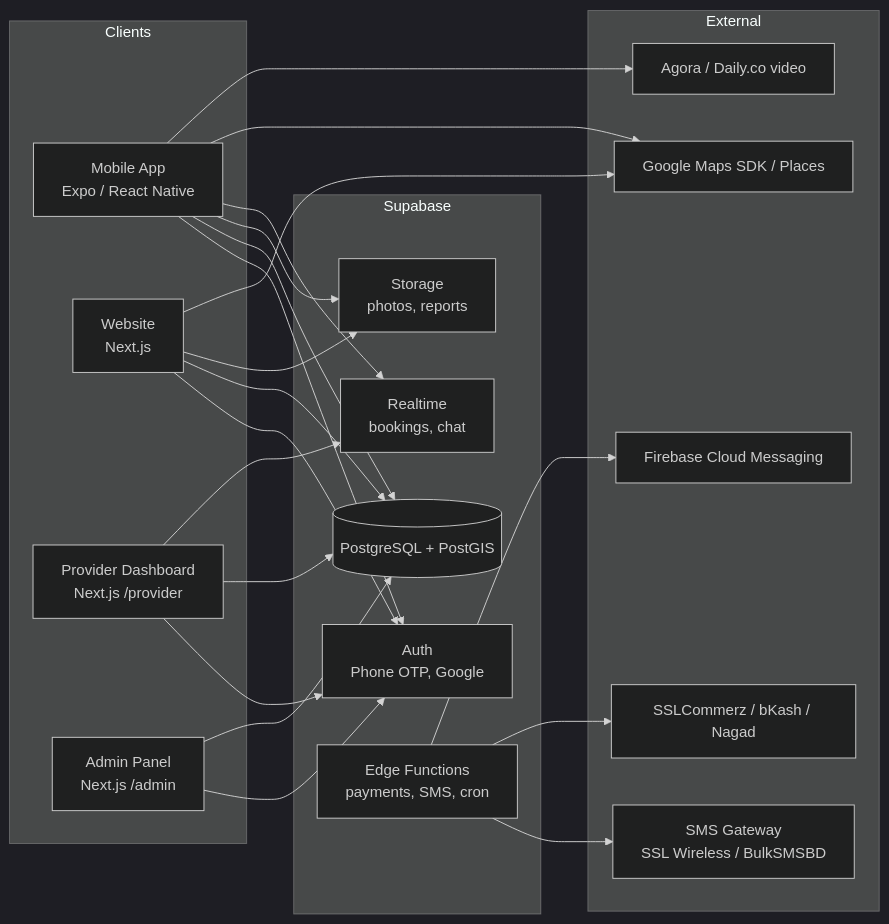
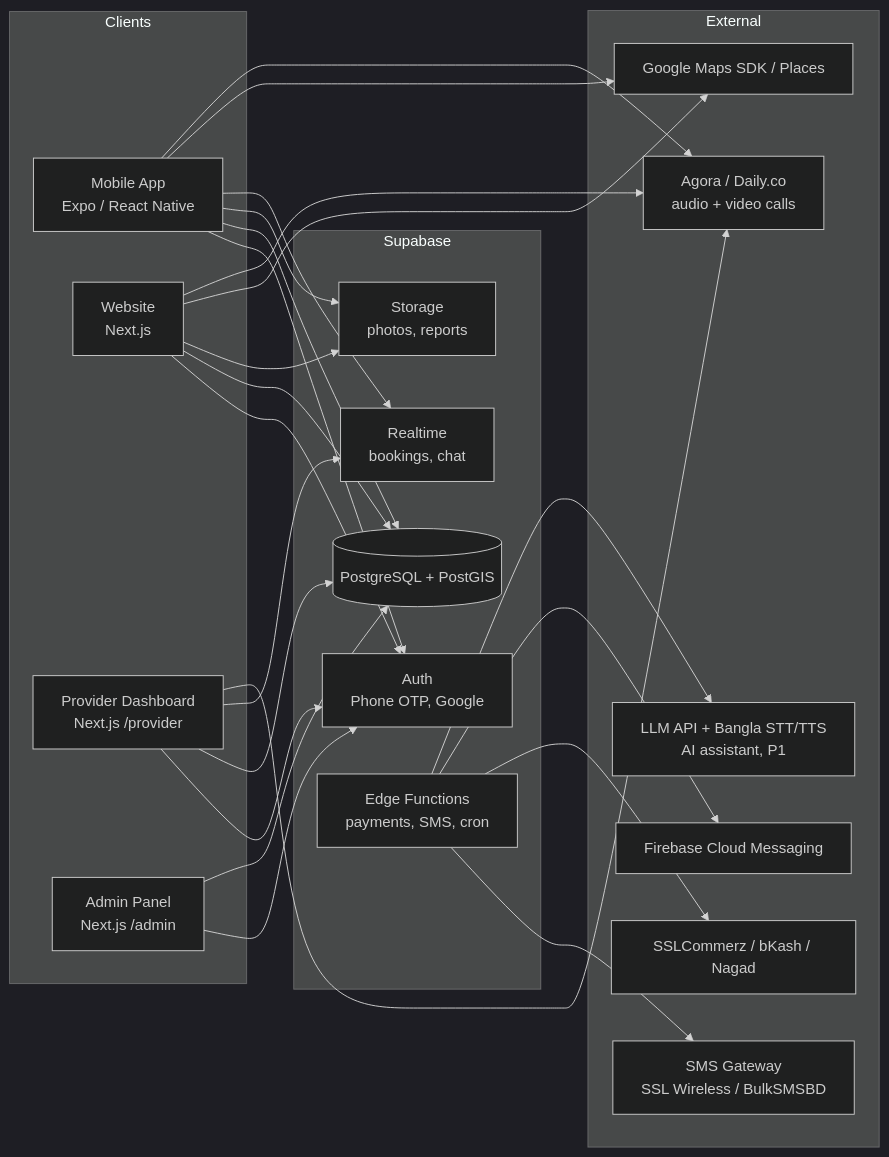
One commit to afridi2003-maverick/Pranora changed the diagram in docs/trd.md. Above: the diagram before and after it, drawn with Mermaid (dark theme). The commit also changed other lines of this file and 9 other files, not shown here.

````diff
--- a/docs/trd.md
+++ b/docs/trd.md
@@ -9,33 +9,35 @@
 ```mermaid
 flowchart LR
   subgraph Clients
     A[Mobile App<br/>Expo / React Native]
     W[Website<br/>Next.js]
     P[Provider Dashboard<br/>Next.js /provider]
     AD[Admin Panel<br/>Next.js /admin]
   end
 
   subgraph Supabase
     AUTH[Auth<br/>Phone OTP, Google]
     DB[(PostgreSQL + PostGIS)]
     ST[Storage<br/>photos, reports]
     RT[Realtime<br/>bookings, chat]
     EF[Edge Functions<br/>payments, SMS, cron]
   end
 
   subgraph External
     MAPS[Google Maps SDK / Places]
     SMS[SMS Gateway<br/>SSL Wireless / BulkSMSBD]
     PAY[SSLCommerz / bKash / Nagad]
     FCM[Firebase Cloud Messaging]
-    VID[Agora / Daily.co video]
+    VID[Agora / Daily.co<br/>audio + video calls]
+    LLM[LLM API + Bangla STT/TTS<br/>AI assistant, P1]
   end
 
   A & W & P & AD --> AUTH
   A & W & P & AD --> DB
   A & W --> ST
   A & P --> RT
   EF --> SMS & PAY & FCM
+  EF --> LLM
   A & W --> MAPS
-  A --> VID
+  A & W & P --> VID
 ```
````
